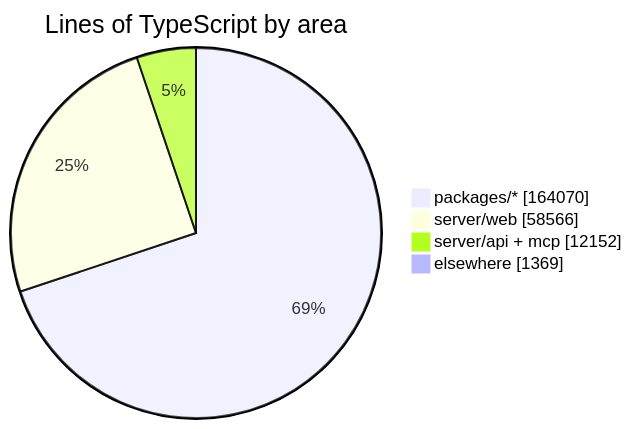
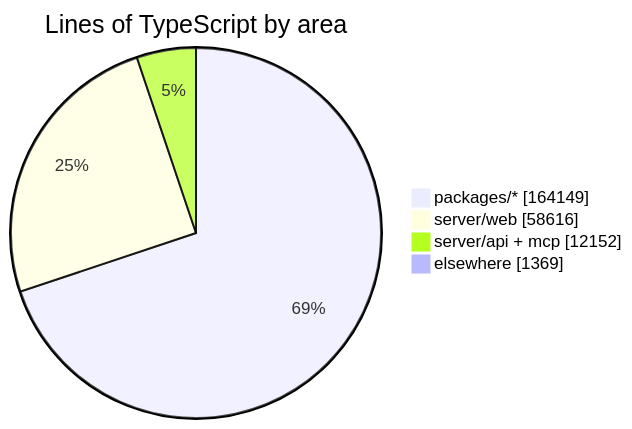
Before and after one commit to crossworks-engineering/mantle: the diagram in README.md, drawn with Mermaid. The commit also changed other lines of this file and 2 other files, not shown here.

````diff
--- a/README.md
+++ b/README.md
@@ -279,7 +279,7 @@
 ```mermaid
 pie showData title Lines of TypeScript by area
-    "packages/*" : 164070
-    "server/web" : 58566
+    "packages/*" : 164149
+    "server/web" : 58616
     "server/api + mcp" : 12152
     "elsewhere" : 1369
 ```
````
